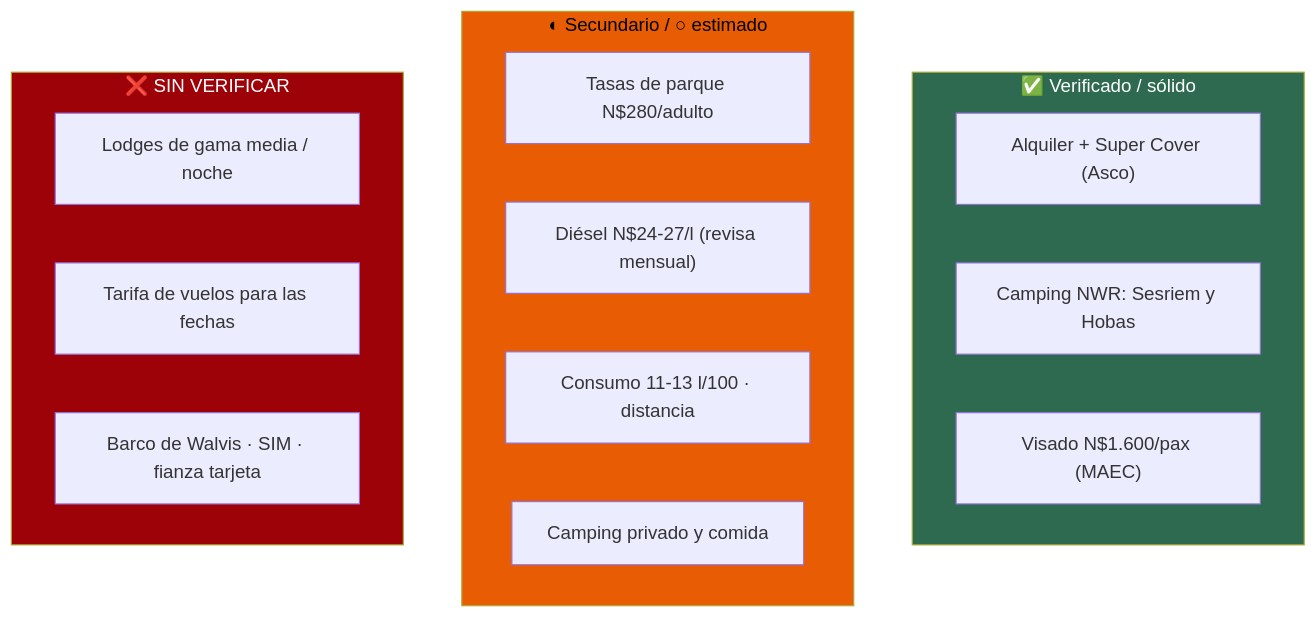
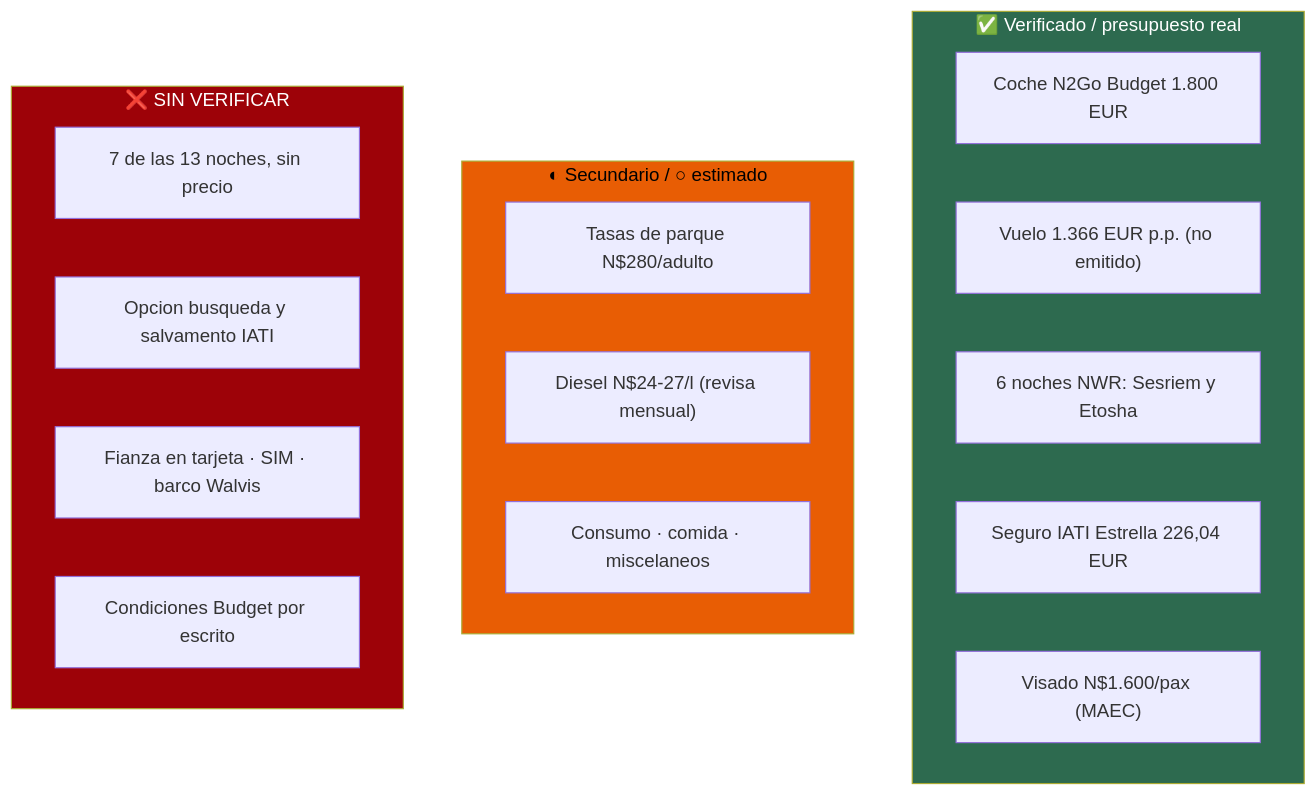
One commit to morandeirachema/namibia changed the fifth of 5 diagrams in 10-presupuesto.md. Above: the diagram before and after it, drawn with Mermaid. The commit also changed other lines of this file, not shown here.

Commit message:
Rehacer el presupuesto sobre la Variante E y los precios cerrados: Budget, vuelo real y seguro IATI

````diff
--- a/10-presupuesto.md
+++ b/10-presupuesto.md
@@ -306,22 +267,24 @@
 ```mermaid
 flowchart TD
-    subgraph V["✅ Verificado / sólido"]
-        A["Alquiler + Super Cover (Asco)"]
-        B["Camping NWR: Sesriem y Hobas"]
-        C["Visado N$1.600/pax (MAEC)"]
+    subgraph V["✅ Verificado / presupuesto real"]
+        A["Coche N2Go Budget 1.800 EUR"]
+        B["Vuelo 1.366 EUR p.p. (no emitido)"]
+        C["6 noches NWR: Sesriem y Etosha"]
+        D["Seguro IATI Estrella 226,04 EUR"]
+        E["Visado N$1.600/pax (MAEC)"]
     end
     subgraph M["◐ Secundario / ○ estimado"]
-        D["Tasas de parque N$280/adulto"]
-        E["Diésel N$24-27/l (revisa mensual)"]
-        F["Consumo 11-13 l/100 · distancia"]
-        G["Camping privado y comida"]
+        F["Tasas de parque N$280/adulto"]
+        G["Diesel N$24-27/l (revisa mensual)"]
+        H["Consumo · comida · miscelaneos"]
     end
     subgraph X["❌ SIN VERIFICAR"]
-        H["Lodges de gama media / noche"]
-        I["Tarifa de vuelos para las fechas"]
-        J["Barco de Walvis · SIM · fianza tarjeta"]
+        I["7 de las 13 noches, sin precio"]
+        J["Opcion busqueda y salvamento IATI"]
+        K["Fianza en tarjeta · SIM · barco Walvis"]
+        L["Condiciones Budget por escrito"]
     end
     style V fill:#2d6a4f,color:#fff
     style M fill:#e85d04,color:#000
     style X fill:#9d0208,color:#fff
 ```
````
